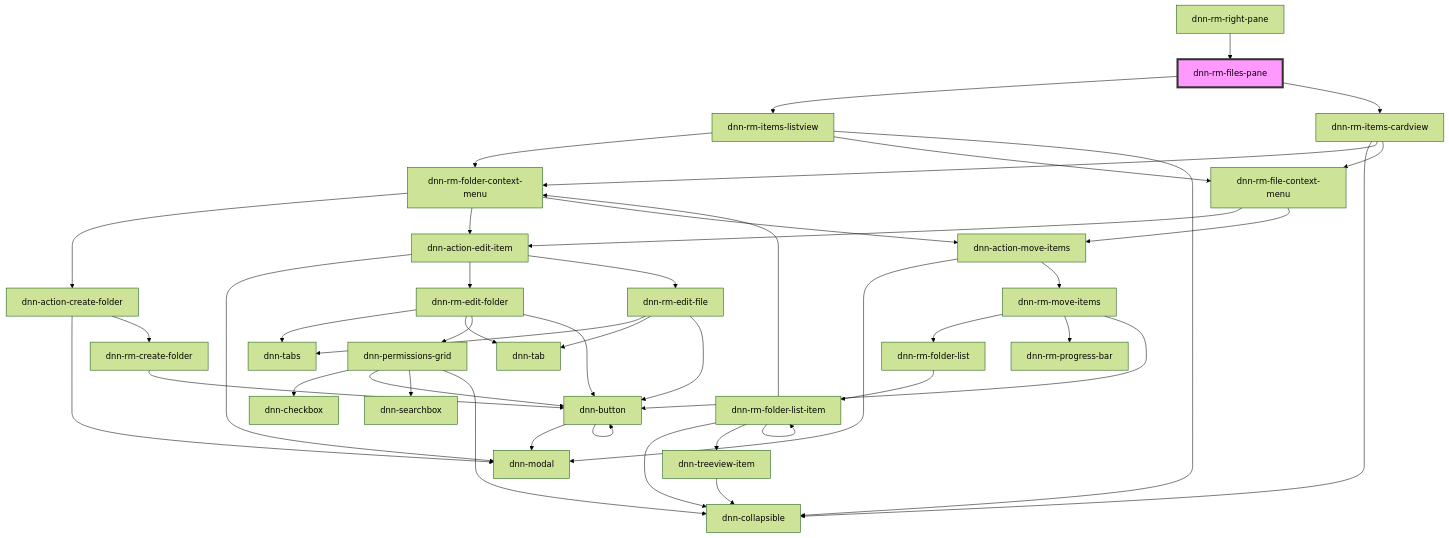
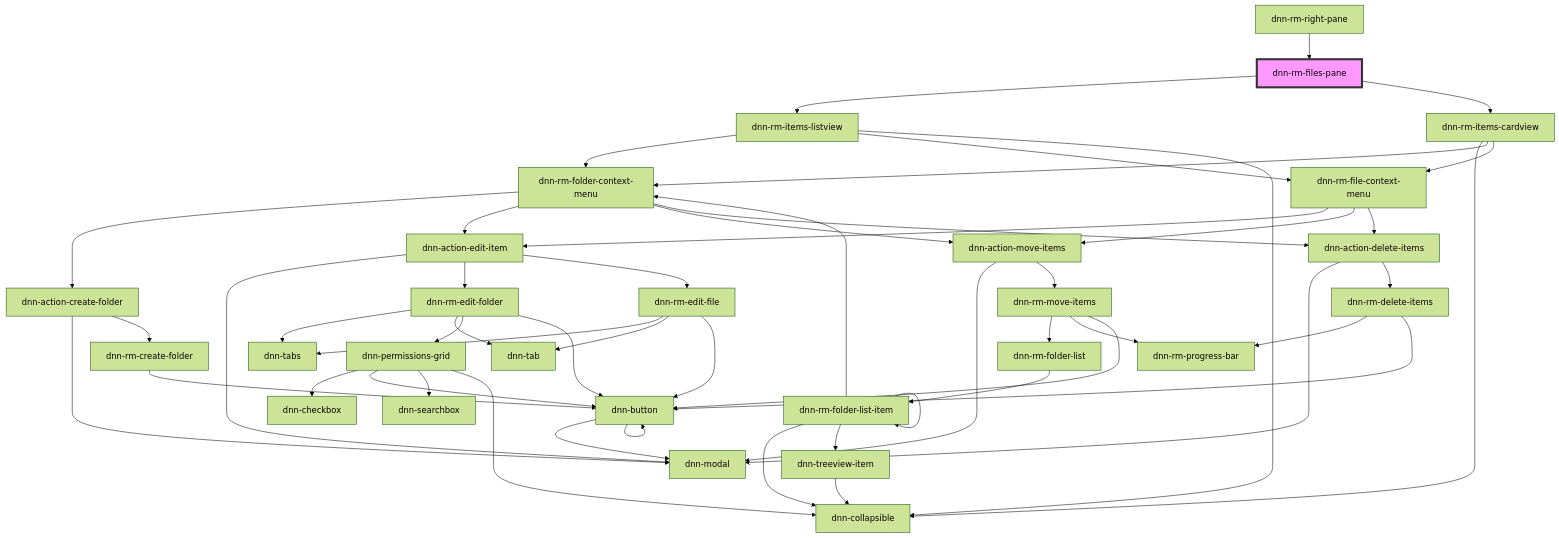
The diagram in DNN Platform/Modules/ResourceManager/ResourceManager.Web/src/components/dnn-rm-files-pane/readme.md (dnnsoftware/Dnn.Platform), drawn with Mermaid (forest theme) before and after one commit. The commit also changed 23 other files, not shown here.

````diff
--- a/DNN Platform/Modules/ResourceManager/ResourceManager.Web/src/components/dnn-rm-files-pane/readme.md
+++ b/DNN Platform/Modules/ResourceManager/ResourceManager.Web/src/components/dnn-rm-files-pane/readme.md
@@ -27,48 +27,54 @@
 ```mermaid
 graph TD;
   dnn-rm-files-pane --> dnn-rm-items-listview
   dnn-rm-files-pane --> dnn-rm-items-cardview
   dnn-rm-items-listview --> dnn-rm-folder-context-menu
   dnn-rm-items-listview --> dnn-rm-file-context-menu
   dnn-rm-items-listview --> dnn-collapsible
   dnn-rm-folder-context-menu --> dnn-action-create-folder
   dnn-rm-folder-context-menu --> dnn-action-edit-item
   dnn-rm-folder-context-menu --> dnn-action-move-items
+  dnn-rm-folder-context-menu --> dnn-action-delete-items
   dnn-action-create-folder --> dnn-modal
   dnn-action-create-folder --> dnn-rm-create-folder
   dnn-rm-create-folder --> dnn-button
   dnn-button --> dnn-modal
   dnn-button --> dnn-button
   dnn-action-edit-item --> dnn-modal
   dnn-action-edit-item --> dnn-rm-edit-folder
   dnn-action-edit-item --> dnn-rm-edit-file
   dnn-rm-edit-folder --> dnn-tabs
   dnn-rm-edit-folder --> dnn-tab
   dnn-rm-edit-folder --> dnn-permissions-grid
   dnn-rm-edit-folder --> dnn-button
   dnn-permissions-grid --> dnn-checkbox
   dnn-permissions-grid --> dnn-button
   dnn-permissions-grid --> dnn-searchbox
   dnn-permissions-grid --> dnn-collapsible
   dnn-rm-edit-file --> dnn-tabs
   dnn-rm-edit-file --> dnn-tab
   dnn-rm-edit-file --> dnn-button
   dnn-action-move-items --> dnn-modal
   dnn-action-move-items --> dnn-rm-move-items
   dnn-rm-move-items --> dnn-rm-folder-list
   dnn-rm-move-items --> dnn-rm-progress-bar
   dnn-rm-move-items --> dnn-button
   dnn-rm-folder-list --> dnn-rm-folder-list-item
   dnn-rm-folder-list-item --> dnn-collapsible
   dnn-rm-folder-list-item --> dnn-rm-folder-context-menu
   dnn-rm-folder-list-item --> dnn-treeview-item
   dnn-rm-folder-list-item --> dnn-rm-folder-list-item
   dnn-treeview-item --> dnn-collapsible
+  dnn-action-delete-items --> dnn-modal
+  dnn-action-delete-items --> dnn-rm-delete-items
+  dnn-rm-delete-items --> dnn-rm-progress-bar
+  dnn-rm-delete-items --> dnn-button
   dnn-rm-file-context-menu --> dnn-action-edit-item
   dnn-rm-file-context-menu --> dnn-action-move-items
+  dnn-rm-file-context-menu --> dnn-action-delete-items
   dnn-rm-items-cardview --> dnn-collapsible
   dnn-rm-items-cardview --> dnn-rm-folder-context-menu
   dnn-rm-items-cardview --> dnn-rm-file-context-menu
   dnn-rm-right-pane --> dnn-rm-files-pane
   style dnn-rm-files-pane fill:#f9f,stroke:#333,stroke-width:4px
 ```
````
